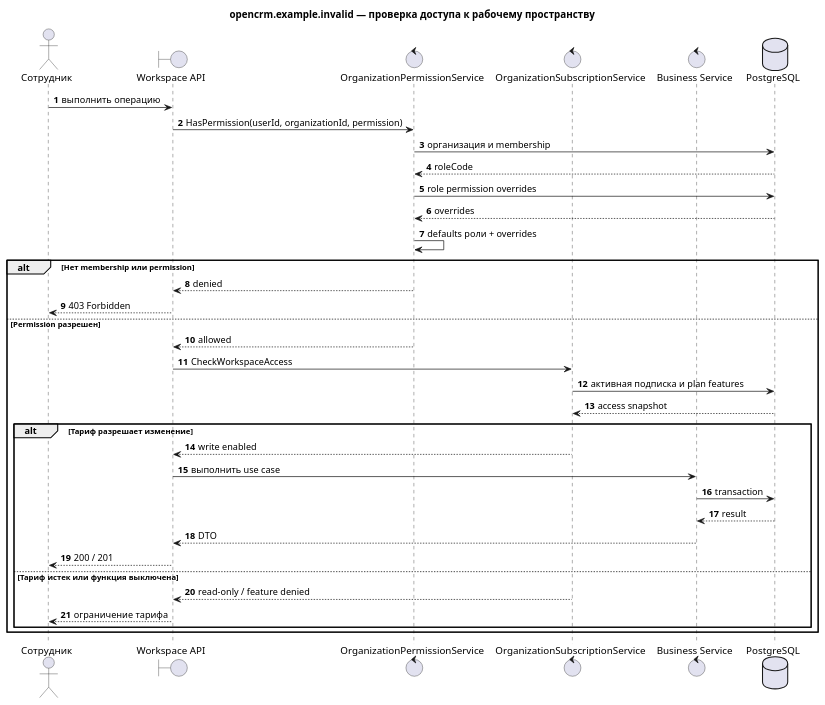
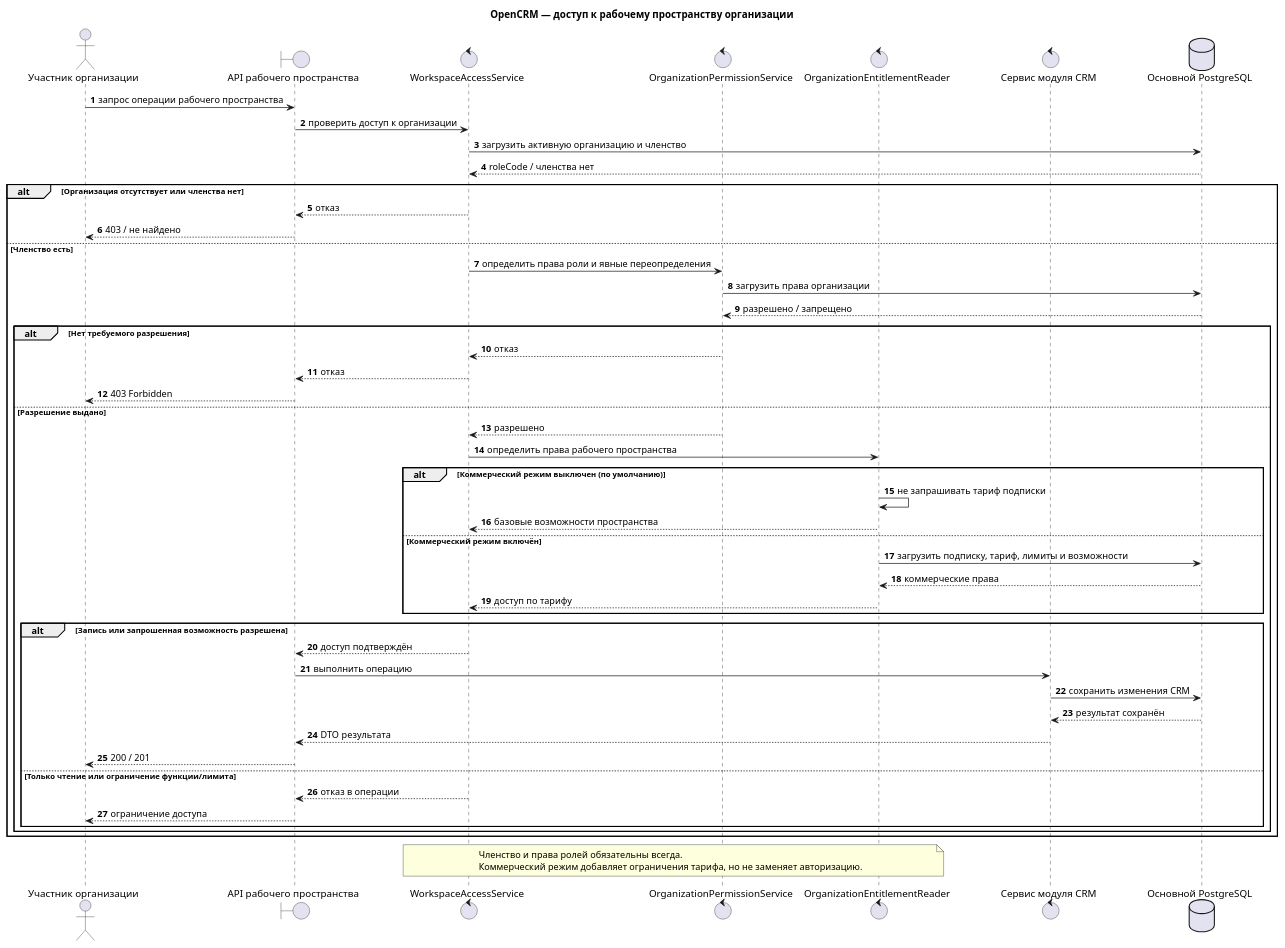
One commit to eddchervov/OpenCRM changed the diagram in docs/uml/workspace-access-sequence.ru.puml. Above: the diagram before and after it, drawn with PlantUML. The commit also changed 61 other files, not shown here.

Commit message:
Align bilingual guides and diagrams with the CRM core

```diff
--- a/docs/uml/workspace-access-sequence.ru.puml
+++ b/docs/uml/workspace-access-sequence.ru.puml
@@ -1,42 +1,58 @@
 @startuml workspace_access_sequence
-title opencrm.example.invalid — проверка доступа к рабочему пространству
+title OpenCRM — доступ к рабочему пространству организации
 
 autonumber
-actor "Сотрудник" as Employee
-boundary "Workspace API" as Api
+actor "Участник организации" as User
+boundary "API рабочего пространства" as Api
+control "WorkspaceAccessService" as Access
 control "OrganizationPermissionService" as Permissions
-control "OrganizationSubscriptionService" as Subscription
-control "Business Service" as Service
-database "PostgreSQL" as Db
+control "OrganizationEntitlementReader" as Entitlements
+control "Сервис модуля CRM" as Module
+database "Основной PostgreSQL" as Db
 
-Employee -> Api : выполнить операцию
-Api -> Permissions : HasPermission(userId, organizationId, permission)
-Permissions -> Db : организация и membership
-Db --> Permissions : roleCode
-Permissions -> Db : role permission overrides
-Db --> Permissions : overrides
-Permissions -> Permissions : defaults роли + overrides
-
-alt Нет membership или permission
-  Permissions --> Api : denied
-  Api --> Employee : 403 Forbidden
-else Permission разрешен
-  Permissions --> Api : allowed
-  Api -> Subscription : CheckWorkspaceAccess
-  Subscription -> Db : активная подписка и plan features
-  Db --> Subscription : access snapshot
-
-  alt Тариф разрешает изменение
-    Subscription --> Api : write enabled
-    Api -> Service : выполнить use case
-    Service -> Db : transaction
-    Db --> Service : result
-    Service --> Api : DTO
-    Api --> Employee : 200 / 201
-  else Тариф истек или функция выключена
-    Subscription --> Api : read-only / feature denied
-    Api --> Employee : ограничение тарифа
+User -> Api : запрос операции рабочего пространства
+Api -> Access : проверить доступ к организации
+Access -> Db : загрузить активную организацию и членство
+Db --> Access : roleCode / членства нет
+alt Организация отсутствует или членства нет
+  Access --> Api : отказ
+  Api --> User : 403 / не найдено
+else Членство есть
+  Access -> Permissions : определить права роли и явные переопределения
+  Permissions -> Db : загрузить права организации
+  Db --> Permissions : разрешено / запрещено
+  alt Нет требуемого разрешения
+    Permissions --> Access : отказ
+    Access --> Api : отказ
+    Api --> User : 403 Forbidden
+  else Разрешение выдано
+    Permissions --> Access : разрешено
+    Access -> Entitlements : определить права рабочего пространства
+    alt Коммерческий режим выключен (по умолчанию)
+      Entitlements -> Entitlements : не запрашивать тариф подписки
+      Entitlements --> Access : базовые возможности пространства
+    else Коммерческий режим включён
+      Entitlements -> Db : загрузить подписку, тариф, лимиты и возможности
+      Db --> Entitlements : коммерческие права
+      Entitlements --> Access : доступ по тарифу
+    end
+    alt Запись или запрошенная возможность разрешена
+      Access --> Api : доступ подтверждён
+      Api -> Module : выполнить операцию
+      Module -> Db : сохранить изменения CRM
+      Db --> Module : результат сохранён
+      Module --> Api : DTO результата
+      Api --> User : 200 / 201
+    else Только чтение или ограничение функции/лимита
+      Access --> Api : отказ в операции
+      Api --> User : ограничение доступа
+    end
   end
 end
 
+note over Access,Entitlements
+  Членство и права ролей обязательны всегда.
+  Коммерческий режим добавляет ограничения тарифа, но не заменяет авторизацию.
+end note
+
 @enduml
```
